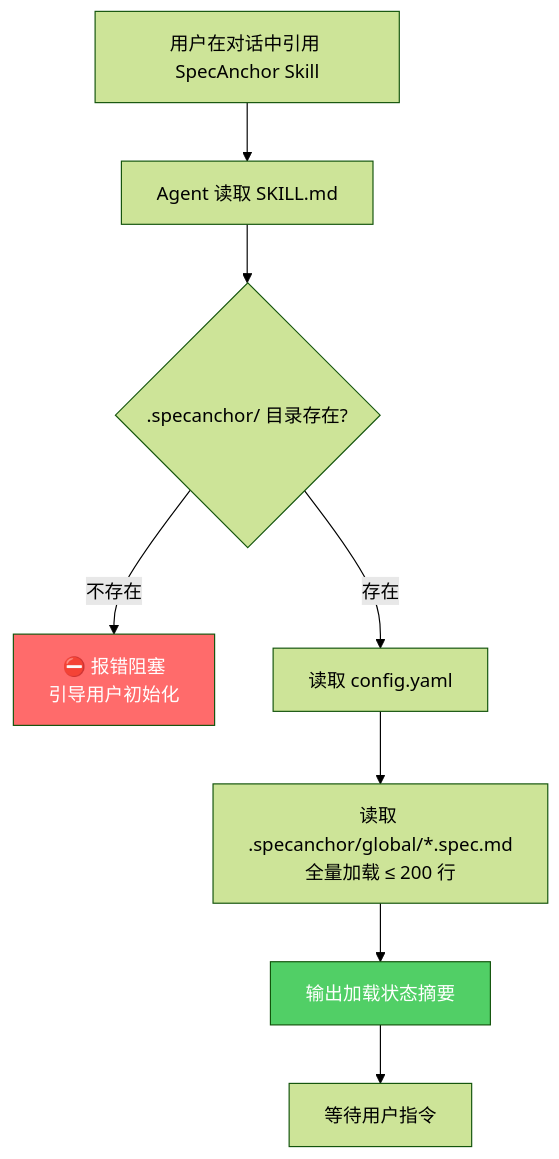
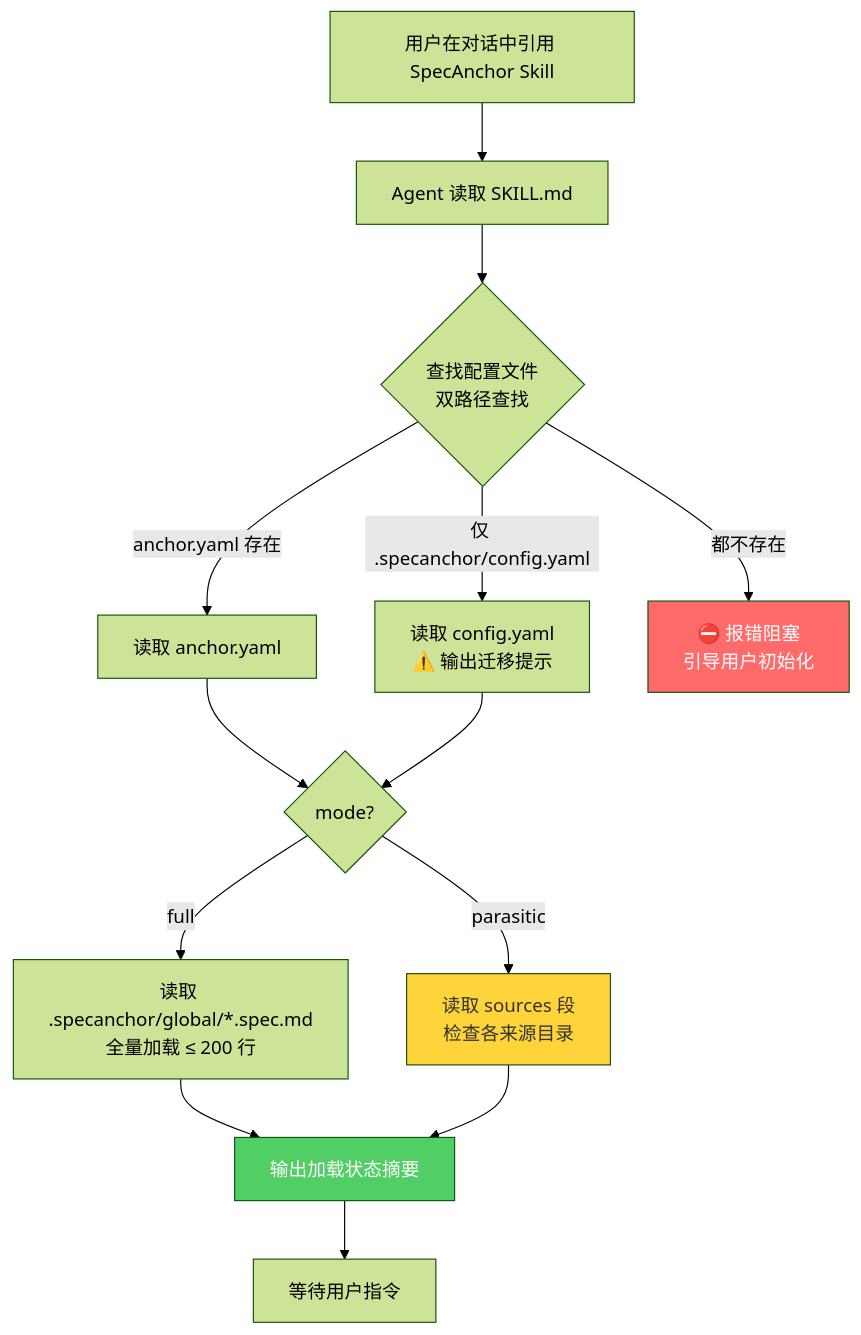
Before and after one commit to linziyanleo/spec-anchor: the first of 6 diagrams in FLOWCHART.md, drawn with Mermaid (forest theme). The commit also changed other lines of this file and 12 other files, not shown here.

First line of the commit message:
feat: config.yaml → anchor.yaml 根目录配置迁移，支持 full/parasitic 双模式

````diff
--- a/FLOWCHART.md
+++ b/FLOWCHART.md
@@ -5,13 +5,19 @@
 ```mermaid
 flowchart TD
     A[用户在对话中引用 SpecAnchor Skill] --> B[Agent 读取 SKILL.md]
-    B --> C{.specanchor/ 目录存在?}
-    C -->|不存在| D["⛔ 报错阻塞<br/>引导用户初始化"]
-    C -->|存在| E[读取 config.yaml]
-    E --> F[读取 .specanchor/global/*.spec.md<br/>全量加载 ≤ 200 行]
-    F --> G[输出加载状态摘要]
+    B --> C{查找配置文件<br/>双路径查找}
+    C -->|anchor.yaml 存在| E[读取 anchor.yaml]
+    C -->|仅 .specanchor/config.yaml| E2["读取 config.yaml<br/>⚠️ 输出迁移提示"]
+    C -->|都不存在| D["⛔ 报错阻塞<br/>引导用户初始化"]
+    E --> F1{mode?}
+    E2 --> F1
+    F1 -->|full| F2[读取 .specanchor/global/*.spec.md<br/>全量加载 ≤ 200 行]
+    F1 -->|parasitic| F3[读取 sources 段<br/>检查各来源目录]
+    F2 --> G[输出加载状态摘要]
+    F3 --> G
     G --> H[等待用户指令]
 
     style D fill:#ff6b6b,color:#fff
     style G fill:#51cf66,color:#fff
+    style F3 fill:#ffd43b,color:#333
 ```
````
